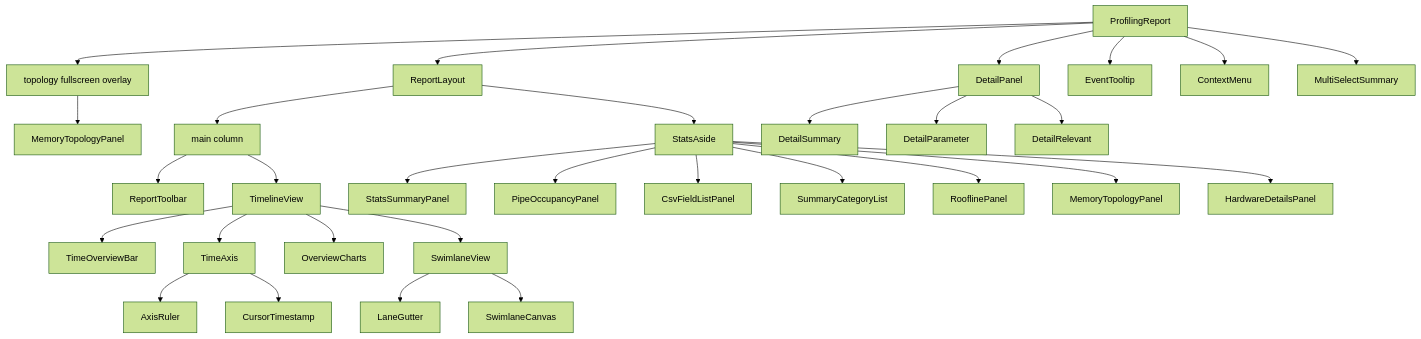
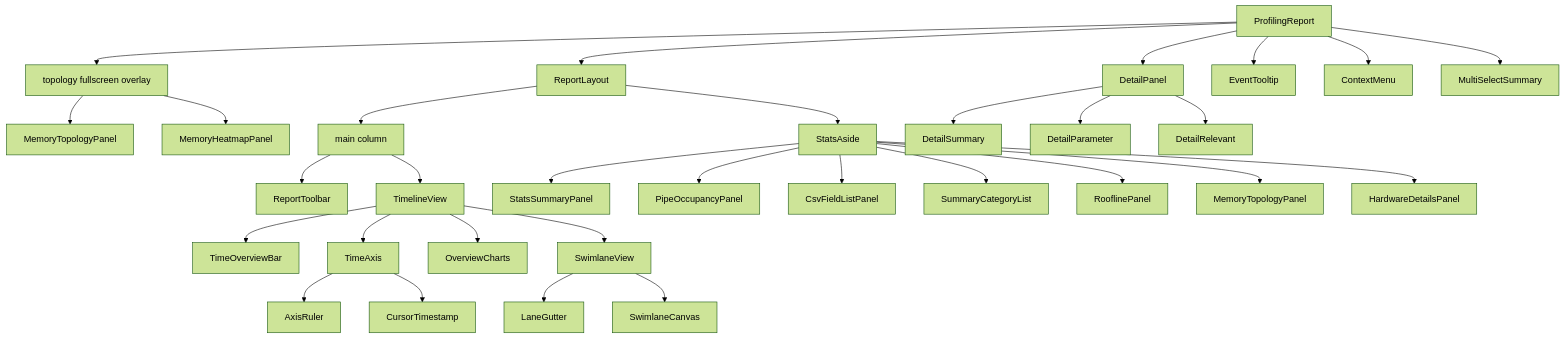
One commit to IdeFrontend/profiling-report changed the diagram in src/ui/COMPONENT_TREE.md. Above: the diagram before and after it, drawn with Mermaid (forest theme). The commit also changed other lines of this file and 45 other files, not shown here.

First line of the commit message:
feat: memory utilization heatmap panel in the topology fullscreen overlay (#145)

````diff
--- a/src/ui/COMPONENT_TREE.md
+++ b/src/ui/COMPONENT_TREE.md
@@ -9,33 +9,34 @@
 ```mermaid
 flowchart TB
   root[ProfilingReport]
   root --> layout[ReportLayout]
   root --> topoFs[topology fullscreen overlay]
   root --> detail[DetailPanel]
   root --> tip[EventTooltip]
   root --> menu[ContextMenu]
   root --> multi[MultiSelectSummary]
   topoFs --> memFs[MemoryTopologyPanel]
+  topoFs --> heatFs[MemoryHeatmapPanel]
   layout --> mainCol[main column]
   layout --> aside[StatsAside]
   mainCol --> toolbar[ReportToolbar]
   mainCol --> timeline[TimelineView]
   timeline --> overviewBar[TimeOverviewBar]
   timeline --> timeAxis[TimeAxis]
   timeAxis --> ruler[AxisRuler]
   timeAxis --> cursor[CursorTimestamp]
   timeline --> overviewCharts[OverviewCharts]
   timeline --> swim[SwimlaneView]
   swim --> gutter[LaneGutter]
   swim --> canvas[SwimlaneCanvas]
   aside --> summary[StatsSummaryPanel]
   aside --> pipe[PipeOccupancyPanel]
   aside --> csv[CsvFieldListPanel]
   aside --> summ[SummaryCategoryList]
   aside --> roof[RooflinePanel]
   aside --> mem[MemoryTopologyPanel]
   aside --> hw[HardwareDetailsPanel]
   detail --> dsum[DetailSummary]
   detail --> dparam[DetailParameter]
   detail --> drel[DetailRelevant]
 ```
````
